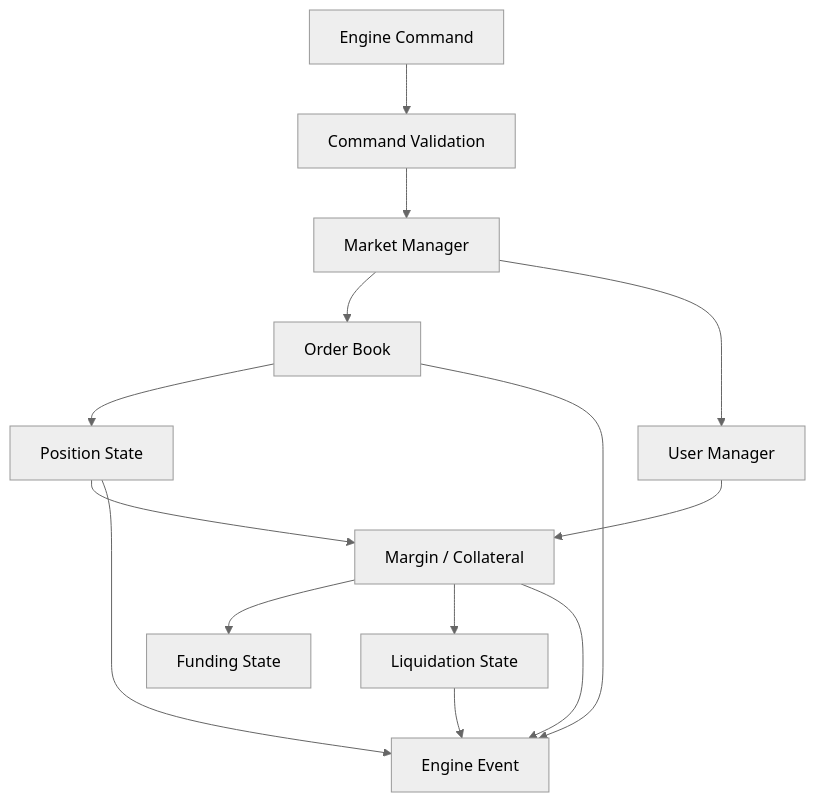
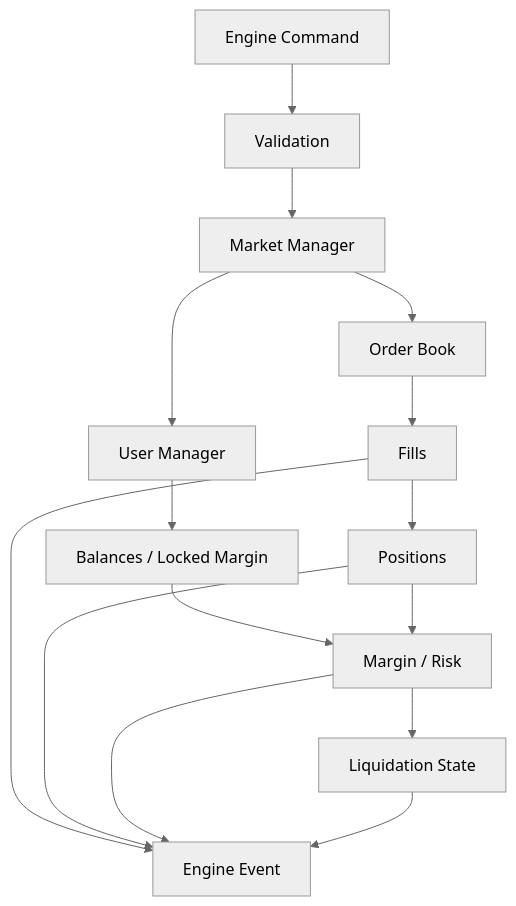
Before and after one commit to MANI-116/PERP: the third of 9 diagrams in README.md, drawn with Mermaid (neutral theme). The commit also changed other lines of this file, not shown here.

Commit message:
docs: redesign PerpX README as technical architecture showcase

````diff
--- a/README.md
+++ b/README.md
@@ -238,41 +136,17 @@
 ```mermaid
 flowchart TB
-
-    COMMAND["Engine Command"]
-
-    VALIDATION["Command Validation"]
-
-    MARKET["Market Manager"]
-
-    BOOK["Order Book"]
-
-    USERS["User Manager"]
-
-    POSITIONS["Position State"]
-
-    MARGIN["Margin / Collateral"]
-
-    FUNDING["Funding State"]
-
-    LIQUIDATION["Liquidation State"]
-
-    EVENT["Engine Event"]
-
-    COMMAND --> VALIDATION
-    VALIDATION --> MARKET
-
-    MARKET --> BOOK
-    MARKET --> USERS
-
-    BOOK --> POSITIONS
-    USERS --> MARGIN
-
-    POSITIONS --> MARGIN
-    MARGIN --> FUNDING
-    MARGIN --> LIQUIDATION
-
-    BOOK --> EVENT
-    POSITIONS --> EVENT
-    MARGIN --> EVENT
-    LIQUIDATION --> EVENT
+    CMD["Engine Command"] --> V["Validation"]
+    V --> M["Market Manager"]
+    M --> B["Order Book"]
+    M --> U["User Manager"]
+    B --> F["Fills"]
+    U --> BAL["Balances / Locked Margin"]
+    F --> POS["Positions"]
+    BAL --> RISK["Margin / Risk"]
+    POS --> RISK
+    RISK --> LIQ["Liquidation State"]
+    F --> EVENT["Engine Event"]
+    POS --> EVENT
+    RISK --> EVENT
+    LIQ --> EVENT
 ```
````
